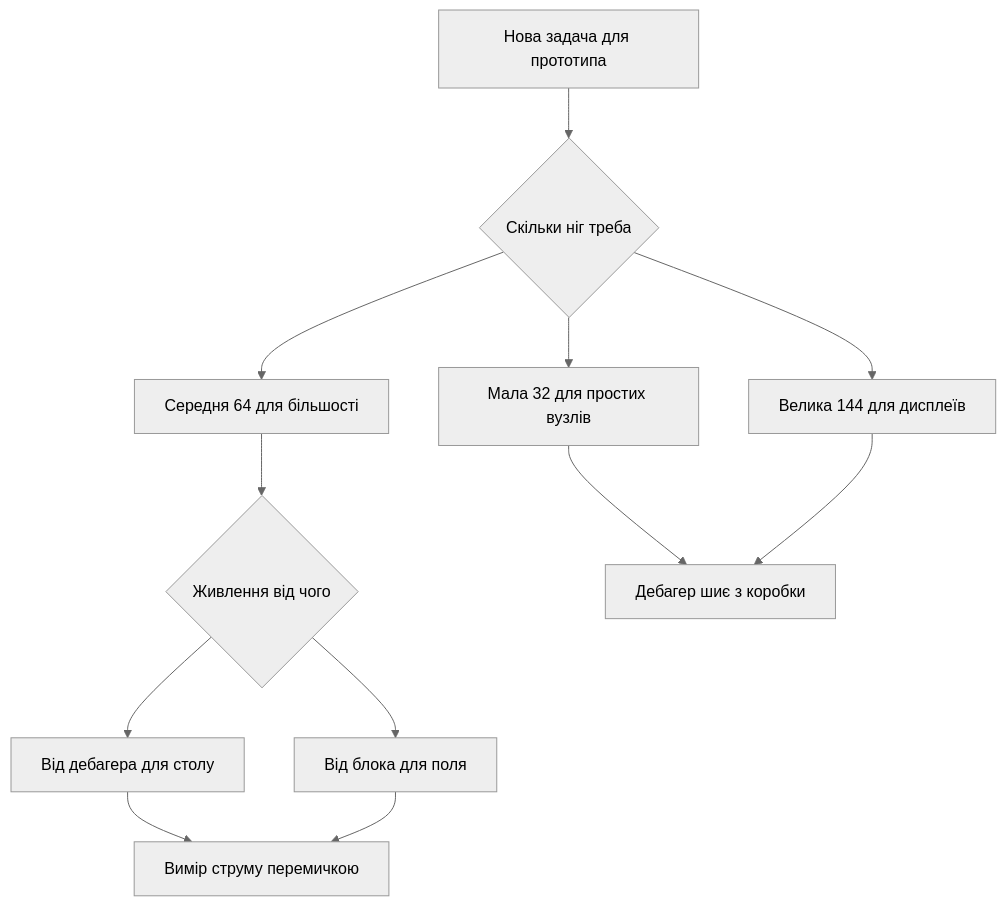
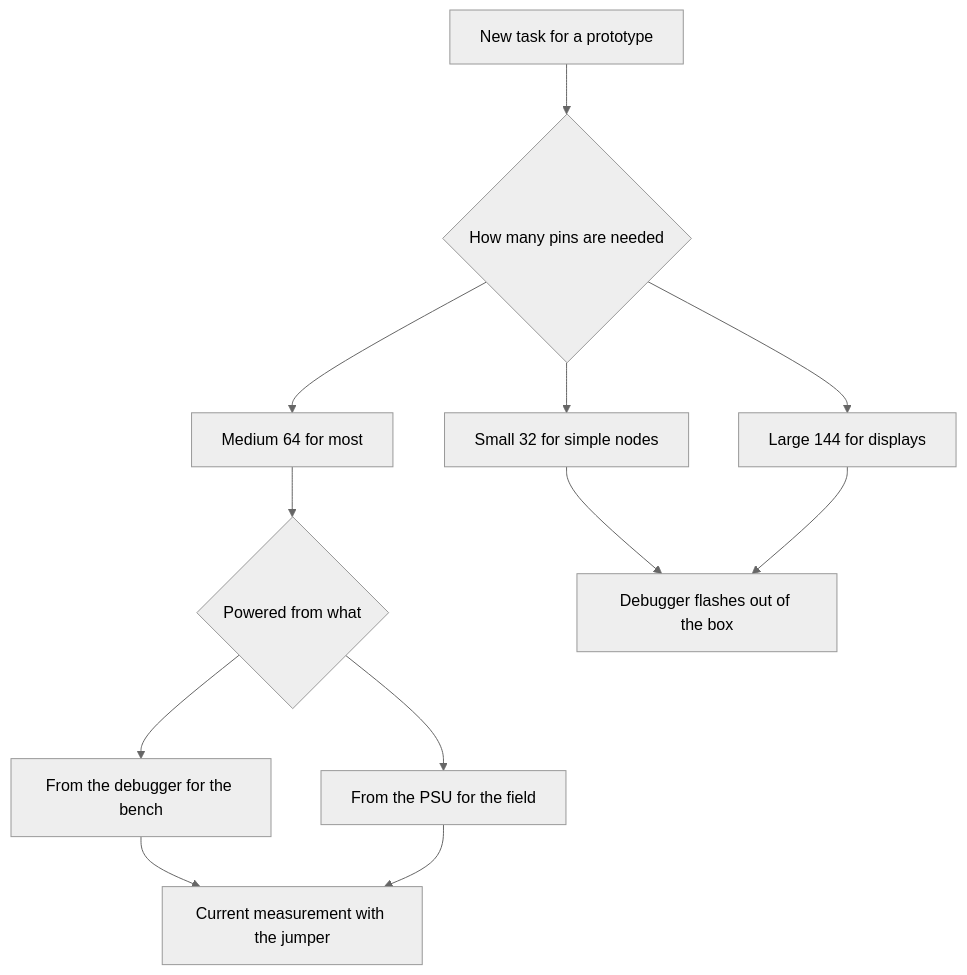
The diagram in obsidian_vault/STM32-Reference/EN/14-Devboards/03-Nucleo.en.md (ksalab/embedded-reference), drawn with Mermaid (neutral theme) before and after one commit. The commit also changed other lines of this file and 76 other files, not shown here.

````diff
--- a/obsidian_vault/STM32-Reference/EN/14-Devboards/03-Nucleo.en.md
+++ b/obsidian_vault/STM32-Reference/EN/14-Devboards/03-Nucleo.en.md
@@ -177,15 +176,15 @@
 ```mermaid
 flowchart TB
-    Start[Нова задача для прототипа]
-    Start --> Size{Скільки ніг треба}
-    Size --> Small[Мала 32 для простих вузлів]
-    Size --> Mid[Середня 64 для більшості]
-    Size --> Big[Велика 144 для дисплеїв]
-    Mid --> Power{Живлення від чого}
-    Power --> Usb[Від дебагера для столу]
-    Power --> Ext[Від блока для поля]
-    Small --> Debug[Дебагер шиє з коробки]
+    Start[New task for a prototype]
+    Start --> Size{How many pins are needed}
+    Size --> Small[Small 32 for simple nodes]
+    Size --> Mid[Medium 64 for most]
+    Size --> Big[Large 144 for displays]
+    Mid --> Power{Powered from what}
+    Power --> Usb[From the debugger for the bench]
+    Power --> Ext[From the PSU for the field]
+    Small --> Debug[Debugger flashes out of the box]
     Big --> Debug
-    Usb --> Measure[Вимір струму перемичкою]
+    Usb --> Measure[Current measurement with the jumper]
     Ext --> Measure
 ```
````
